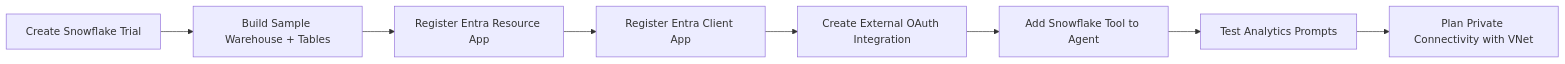
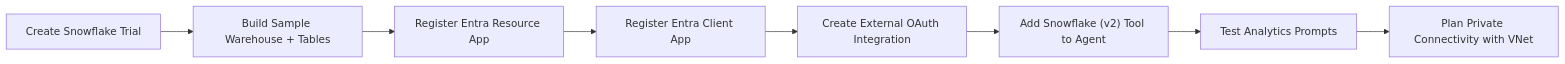
Before and after one commit to russrimm/CopilotStudioLabs: the diagram in labs/23-snowflake-data-integration/index.md, drawn with Mermaid. The commit also changed other lines of this file and 42 other files, not shown here.

````diff
--- a/labs/23-snowflake-data-integration/index.md
+++ b/labs/23-snowflake-data-integration/index.md
@@ -21,10 +21,10 @@
 ```mermaid
 flowchart LR
   A["Create Snowflake Trial"] --> B["Build Sample Warehouse + Tables"]
   B --> C["Register Entra Resource App"]
   C --> D["Register Entra Client App"]
   D --> E["Create External OAuth Integration"]
-  E --> F["Add Snowflake Tool to Agent"]
+  E --> F["Add Snowflake (v2) Tool to Agent"]
   F --> G["Test Analytics Prompts"]
   G --> H["Plan Private Connectivity with VNet"]
 ```
````
